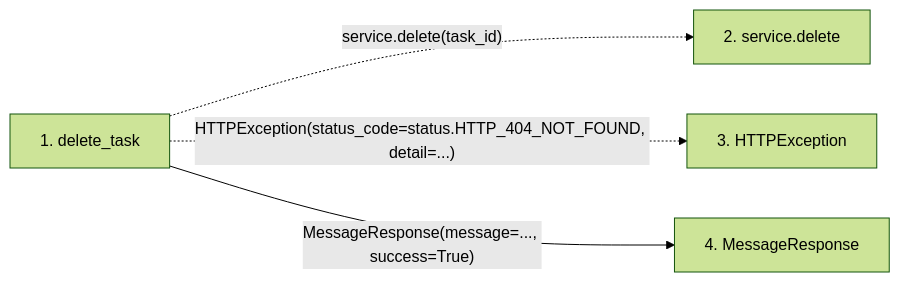
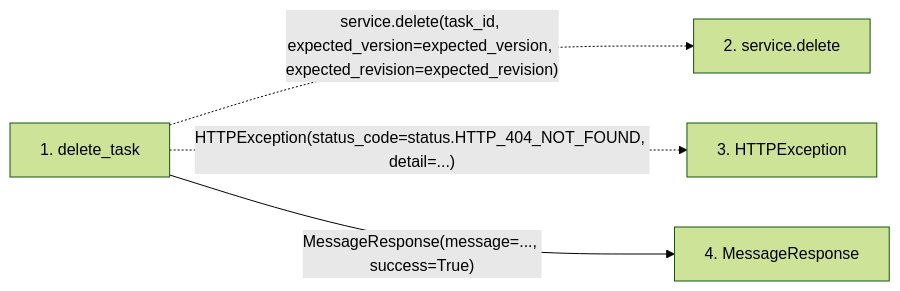
One commit to Denissvgn/WorkChord changed the second of 2 diagrams in docs/llm_wiki/flows/http-delete_task.md. Above: the diagram before and after it, drawn with Mermaid (forest theme). The commit also changed other lines of this file and 958 other files, not shown here.

First line of the commit message:
docs(wiki): refresh identity and recovery architecture

````diff
--- a/docs/llm_wiki/flows/http-delete_task.md
+++ b/docs/llm_wiki/flows/http-delete_task.md
@@ -24,12 +24,12 @@
 ```mermaid
 flowchart LR
     s1["1. delete_task"]
     s2["2. service.delete"]
     s3["3. HTTPException"]
     s4["4. MessageResponse"]
-    s1 -. "service.delete(task_id)" .-> s2
+    s1 -. "service.delete(task_id, expected_version=expected_version, expected_revision=expected_revision)" .-> s2
     s1 -. "HTTPException(status_code=status.HTTP_404_NOT_FOUND, detail=...)" .-> s3
     s1 -->|"MessageResponse(message=..., success=True)"| s4
     click s1 "../modules/tasks.md"
     click s4 "../modules/schemas_common.md"
 ```
````
